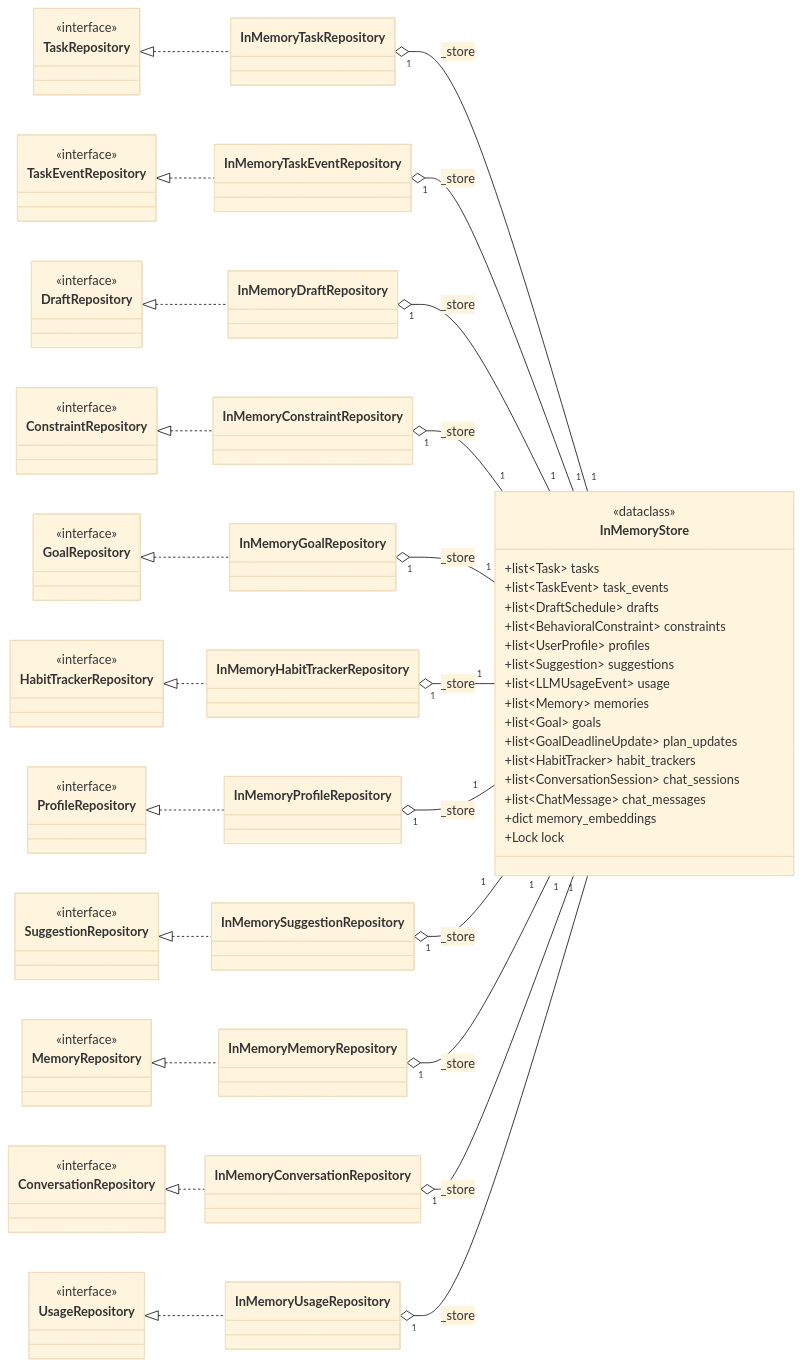
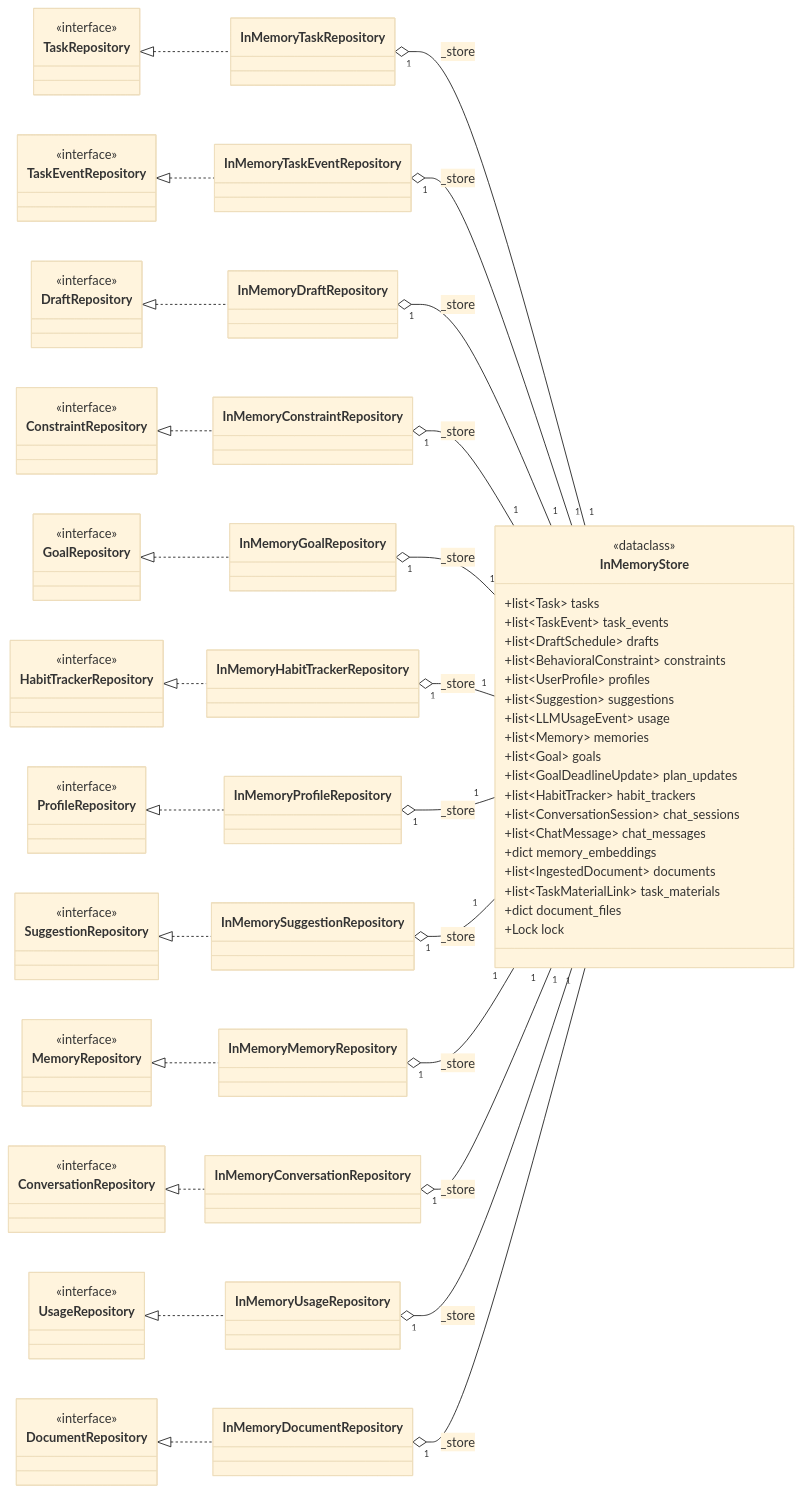
Before and after one commit to HackHeroic/Jarvis-Engine: the eighth of 16 diagrams in docs/capstone/03-class-diagrams.md, drawn with Mermaid (base theme). The commit also changed other lines of this file and 13 other files, not shown here.

````diff
--- a/docs/capstone/03-class-diagrams.md
+++ b/docs/capstone/03-class-diagrams.md
@@ -901,6 +937,9 @@
         +list~ConversationSession~ chat_sessions
         +list~ChatMessage~ chat_messages
         +dict memory_embeddings
+        +list~IngestedDocument~ documents
+        +list~TaskMaterialLink~ task_materials
+        +dict document_files
         +Lock lock
     }
     class TaskRepository {
@@ -936,6 +975,9 @@
     class UsageRepository {
         <<interface>>
     }
+    class DocumentRepository {
+        <<interface>>
+    }
     class InMemoryTaskRepository
     class InMemoryTaskEventRepository
     class InMemoryDraftRepository
@@ -947,6 +989,7 @@
     class InMemoryMemoryRepository
     class InMemoryConversationRepository
     class InMemoryUsageRepository
+    class InMemoryDocumentRepository
 
     TaskRepository <|.. InMemoryTaskRepository
     TaskEventRepository <|.. InMemoryTaskEventRepository
@@ -970,4 +1013,6 @@
     InMemoryMemoryRepository "1" o-- "1" InMemoryStore : _store
     InMemoryConversationRepository "1" o-- "1" InMemoryStore : _store
     InMemoryUsageRepository "1" o-- "1" InMemoryStore : _store
+    DocumentRepository <|.. InMemoryDocumentRepository
+    InMemoryDocumentRepository "1" o-- "1" InMemoryStore : _store
 ```
````
